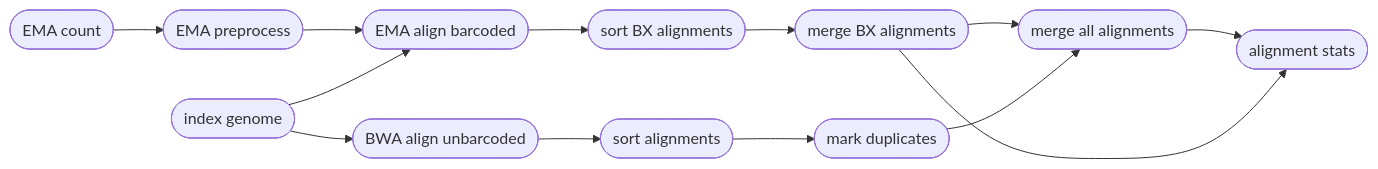
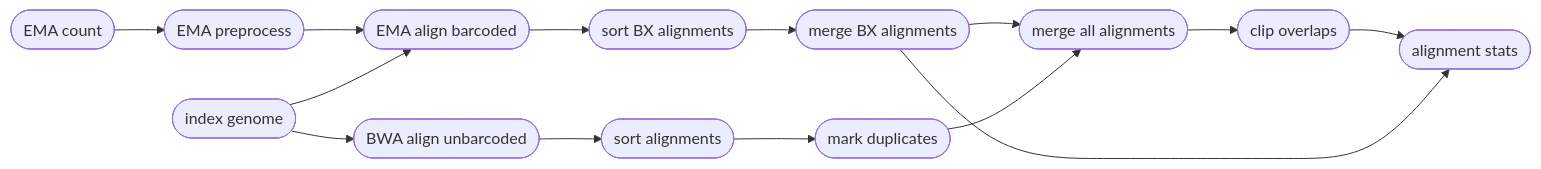
One commit to pdimens/harpy changed the second of 2 diagrams in Modules/align.md. Above: the diagram before and after it, drawn with Mermaid. The commit also changed other lines of this file and 1 other file, not shown here.

````diff
--- a/Modules/align.md
+++ b/Modules/align.md
@@ -203,15 +202,16 @@
 ```mermaid
 graph LR
     A([EMA count]) --> B([EMA preprocess])
     B-->C([EMA align barcoded])
     C-->D([sort BX alignments])
     D-->E([merge BX alignments])
     E-->F([merge all alignments])
     IDX([index genome])-->C
     IDX-->Z([BWA align unbarcoded])
     Z-->Y([sort alignments])
     Y-->X([mark duplicates])
     X-->F
-    F-->J([alignment stats])
+    F-->H([clip overlaps])
+    H-->J([alignment stats])
     E-->J
 ```
````
